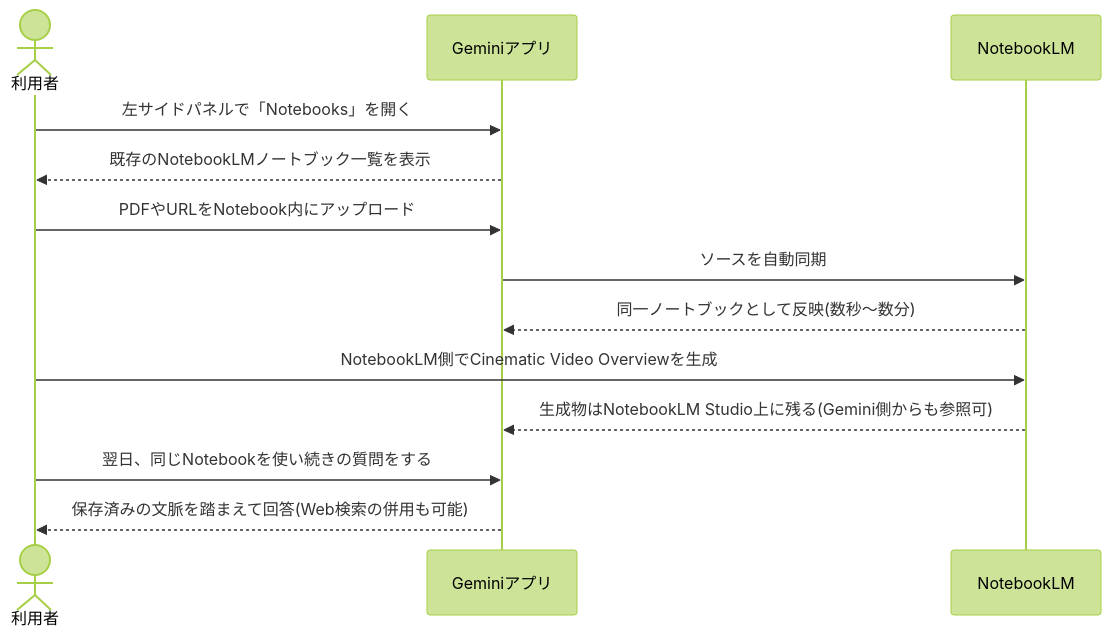
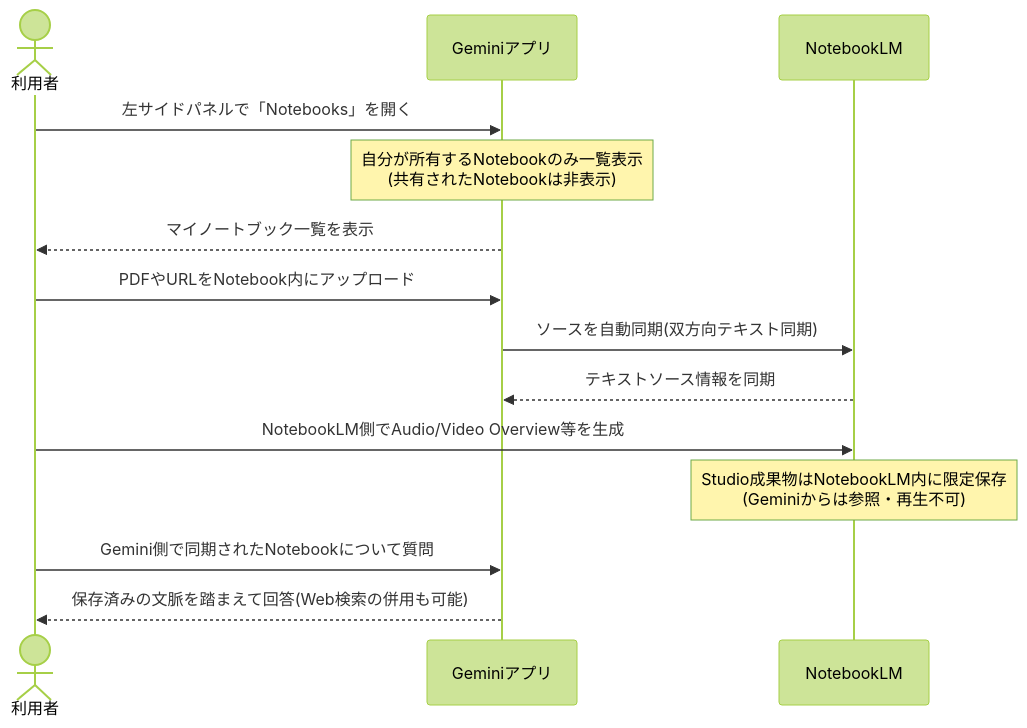
Before and after one commit to myoshi2891/Comparison-of-LLMs: the ninth of 13 diagrams in archive/md/google/Google-NotebookLM.md, drawn with Mermaid (forest theme). The commit also changed other lines of this file and 6 other files, not shown here.

````diff
--- a/archive/md/google/Google-NotebookLM.md
+++ b/archive/md/google/Google-NotebookLM.md
@@ -552,16 +561,17 @@
 ```mermaid
 sequenceDiagram
     actor User as 利用者
     participant Gemini as Geminiアプリ
     participant NLM as NotebookLM
 
     User->>Gemini: 左サイドパネルで「Notebooks」を開く
-    Gemini-->>User: 既存のNotebookLMノートブック一覧を表示
+    Note over Gemini: 自分が所有するNotebookのみ一覧表示<br/>(共有されたNotebookは非表示)
+    Gemini-->>User: マイノートブック一覧を表示
     User->>Gemini: PDFやURLをNotebook内にアップロード
-    Gemini->>NLM: ソースを自動同期
-    NLM-->>Gemini: 同一ノートブックとして反映(数秒〜数分)
-    User->>NLM: NotebookLM側でCinematic Video Overviewを生成
-    NLM-->>Gemini: 生成物はNotebookLM Studio上に残る(Gemini側からも参照可)
-    User->>Gemini: 翌日、同じNotebookを使い続きの質問をする
+    Gemini->>NLM: ソースを自動同期(双方向テキスト同期)
+    NLM-->>Gemini: テキストソース情報を同期
+    User->>NLM: NotebookLM側でAudio/Video Overview等を生成
+    Note over NLM: Studio成果物はNotebookLM内に限定保存<br/>(Geminiからは参照・再生不可)
+    User->>Gemini: Gemini側で同期されたNotebookについて質問
     Gemini-->>User: 保存済みの文脈を踏まえて回答(Web検索の併用も可能)
 ```
````
